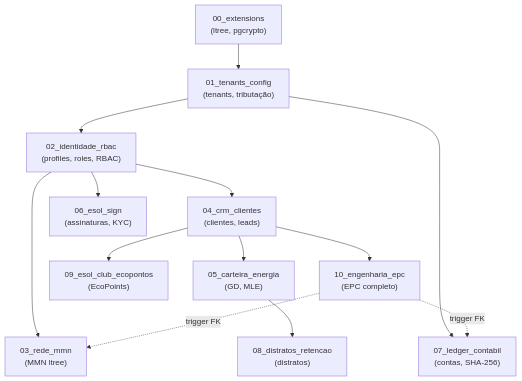
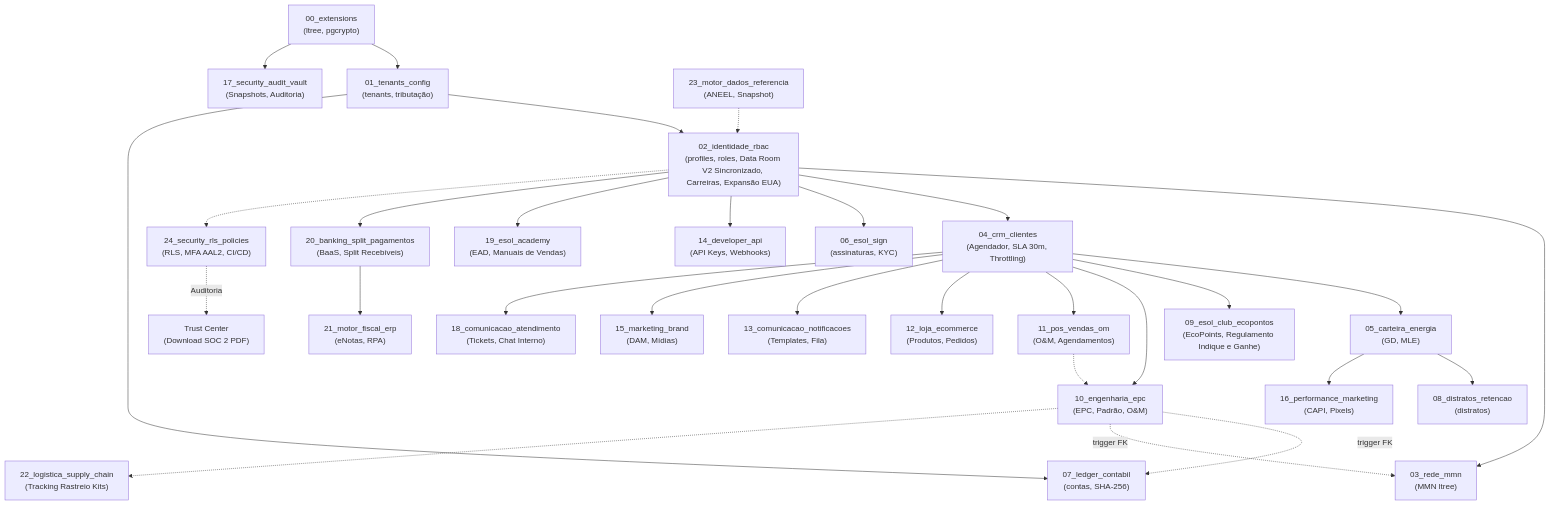
The sixth of 7 diagrams in docs/mapa_completo_esol_energy.md (weslleysoaresuol-svg/esolenergy), drawn with Mermaid before and after one commit. The commit also changed other lines of this file and 214 other files, not shown here.

Commit message:
chore: archive legacy frontend files and sync v25 database architecture maps

````diff
--- a/docs/mapa_completo_esol_energy.md
+++ b/docs/mapa_completo_esol_energy.md
@@ -2983,15 +3091,31 @@
 ```mermaid
 graph TD
     A["00_extensions<br/>(ltree, pgcrypto)"] --> B["01_tenants_config<br/>(tenants, tributação)"]
-    B --> C["02_identidade_rbac<br/>(profiles, roles, RBAC)"]
+    B --> C["02_identidade_rbac<br/>(profiles, roles, Data Room V2 Sincronizado, Carreiras, Expansão EUA)"]
     C --> D["03_rede_mmn<br/>(MMN ltree)"]
-    C --> E["04_crm_clientes<br/>(clientes, leads)"]
+    C --> E["04_crm_clientes<br/>(Agendador, SLA 30m, Throttling)"]
     E --> F["05_carteira_energia<br/>(GD, MLE)"]
     C --> G["06_esol_sign<br/>(assinaturas, KYC)"]
     B --> H["07_ledger_contabil<br/>(contas, SHA-256)"]
     F --> I["08_distratos_retencao<br/>(distratos)"]
-    E --> J["09_esol_club_ecopontos<br/>(EcoPoints)"]
-    E --> K["10_engenharia_epc<br/>(EPC completo)"]
+    E --> J["09_esol_club_ecopontos<br/>(EcoPoints, Regulamento Indique e Ganhe)"]
+    E --> K["10_engenharia_epc<br/>(EPC, Padrão, O&M)"]
     K -.->|"trigger FK"| H
     K -.->|"trigger FK"| D
+    E --> L["11_pos_vendas_om<br/>(O&M, Agendamentos)"]
+    E --> M["12_loja_ecommerce<br/>(Produtos, Pedidos)"]
+    E --> N["13_comunicacao_notificacoes<br/>(Templates, Fila)"]
+    L -.-> K
+    C --> O["14_developer_api<br/>(API Keys, Webhooks)"]
+    E --> P["15_marketing_brand<br/>(DAM, Mídias)"]
+    F --> Q["16_performance_marketing<br/>(CAPI, Pixels)"]
+    A --> R["17_security_audit_vault<br/>(Snapshots, Auditoria)"]
+    E --> S["18_comunicacao_atendimento<br/>(Tickets, Chat Interno)"]
+    C --> T["19_esol_academy<br/>(EAD, Manuais de Vendas)"]
+    C --> U["20_banking_split_pagamentos<br/>(BaaS, Split Recebíveis)"]
+    U --> V["21_motor_fiscal_erp<br/>(eNotas, RPA)"]
+    K -.-> W["22_logistica_supply_chain<br/>(Tracking Rastreio Kits)"]
+    X["23_motor_dados_referencia<br/>(ANEEL, Snapshot)"] -.-> C
+    C -.-> Y["24_security_rls_policies<br/>(RLS, MFA AAL2, CI/CD)"]
+    Y -. Auditoria .-> Z["Trust Center<br/>(Download SOC 2 PDF)"]
 ```
````
